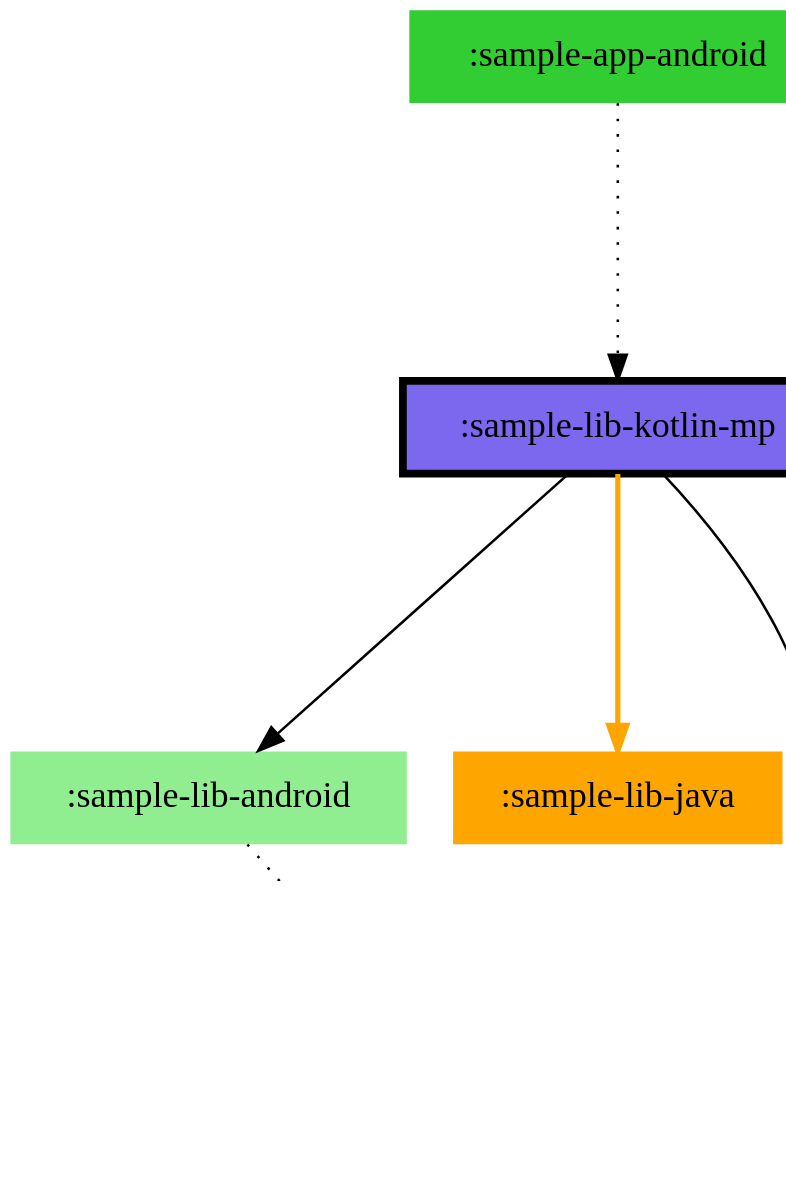
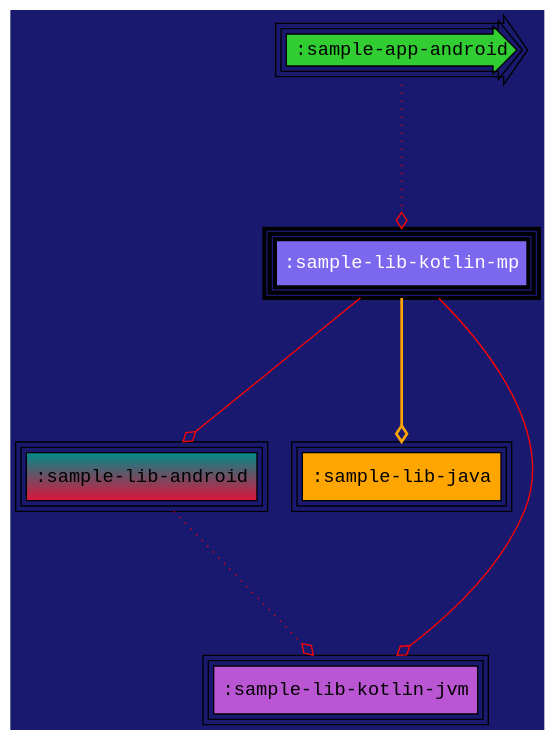
The diagram in samples/sample-graphviz/sample-lib-kotlin-mp/modular/chart.dot (jonapoul/atlas), drawn with Graphviz before and after one commit. The commit also changed 52 other files, not shown here.

Commit message:
Add better graphviz attributes  (#262)

```diff
--- a/samples/sample-graphviz/sample-lib-kotlin-mp/modular/chart.dot
+++ b/samples/sample-graphviz/sample-lib-kotlin-mp/modular/chart.dot
@@ -1,15 +1,15 @@
 digraph {
-  edge [arrowhead="normal",arrowtail="none"]
-  graph [bgcolor="transparent",dpi="100",fontsize="30",layout="dot",ranksep="1.5",rankdir="TB"]
-  node [style="filled"]
-  ":sample-app-android" [shape="none",fillcolor="limegreen"]
-  ":sample-lib-android" [shape="none",fillcolor="lightgreen"]
-  ":sample-lib-java" [shape="none",fillcolor="orange"]
-  ":sample-lib-kotlin-jvm" [shape="none",fillcolor="mediumorchid"]
-  ":sample-lib-kotlin-mp" [shape="box",penwidth="3",fillcolor="mediumslateblue"]
+  edge [arrowhead="ediamond",arrowtail="none",color="red",labelfloat="true",fontcolor="lime"]
+  graph [layout="dot",bgcolor="MidnightBlue",fontsize="30",rankdir="TB",ranksep="1.5"]
+  node [fontname="Courier New",peripheries="3",style="filled",shape="box"]
+  ":sample-app-android" [shape="rarrow",style="radial",fillcolor="limegreen"]
+  ":sample-lib-android" [gradientangle="90",fillcolor="crimson:cyan4"]
+  ":sample-lib-java" [fillcolor="orange"]
+  ":sample-lib-kotlin-jvm" [fillcolor="mediumorchid"]
+  ":sample-lib-kotlin-mp" [penwidth="3",fontcolor="white",fillcolor="mediumslateblue"]
   ":sample-app-android" -> ":sample-lib-kotlin-mp" [style="dotted"]
   ":sample-lib-android" -> ":sample-lib-kotlin-jvm" [style="dotted"]
   ":sample-lib-kotlin-mp" -> ":sample-lib-android" [style="solid"]
   ":sample-lib-kotlin-mp" -> ":sample-lib-java" [style="bold",color="orange"]
   ":sample-lib-kotlin-mp" -> ":sample-lib-kotlin-jvm" [style="solid"]
 }
```
